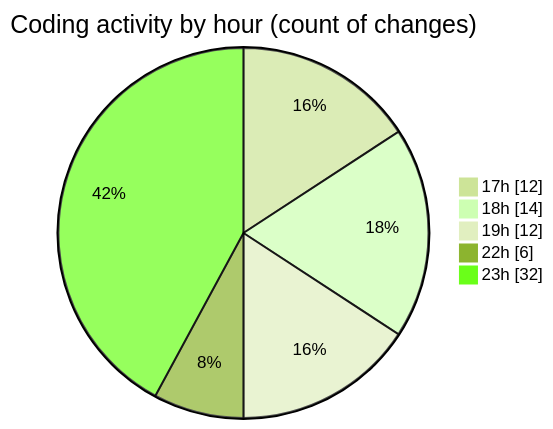
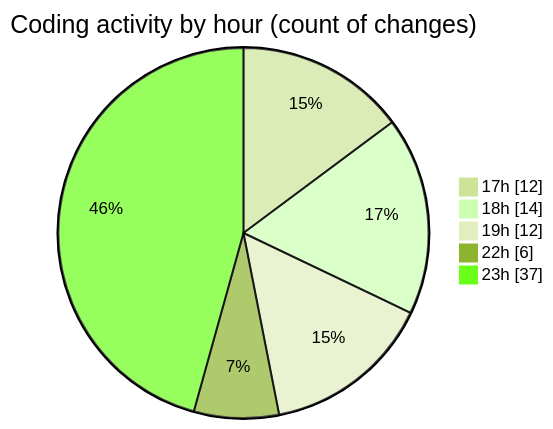
The second of 2 diagrams in 2025-02-16/uber_clone/README.md (donsfak/code-tracking), drawn with Mermaid (forest theme) before and after one commit. The commit also changed other lines of this file and 1 other file, not shown here.

````diff
--- a/2025-02-16/uber_clone/README.md
+++ b/2025-02-16/uber_clone/README.md
@@ -44,9 +44,9 @@
 ```mermaid
 pie showData
 title Coding activity by hour (count of changes)
 "17h" : 12
 "18h" : 14
 "19h" : 12
 "22h" : 6
-"23h" : 32
+"23h" : 37
 ```
````
